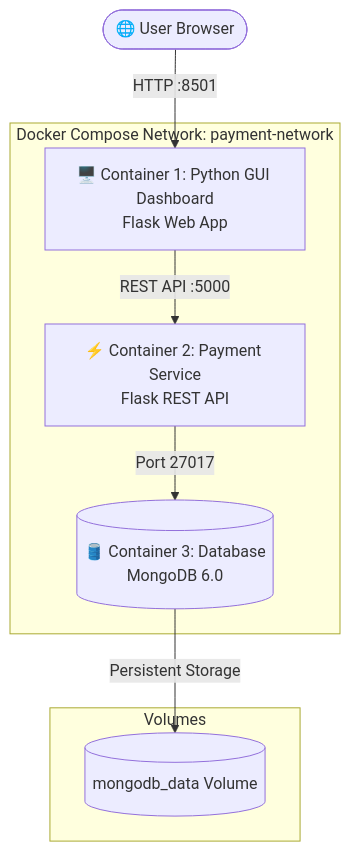
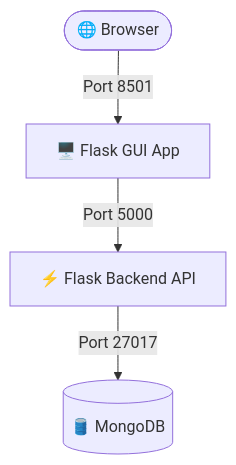
The diagram in README.md (bishtprateek270-hue/SimplePay), drawn with Mermaid before and after one commit. The commit also changed other lines of this file, not shown here.

````diff
--- a/README.md
+++ b/README.md
@@ -35,16 +17,6 @@
 ```mermaid
 graph TD
-    User([🌐 User Browser]) -->|HTTP :8501| GUI[🖥️ Container 1: Python GUI Dashboard\nFlask Web App]
-    GUI -->|REST API :5000| API[⚡ Container 2: Payment Service\nFlask REST API]
-    API -->|Port 27017| DB[(🛢️ Container 3: Database\nMongoDB 6.0)]
-
-    subgraph Docker Compose Network: payment-network
-        GUI
-        API
-        DB
-    end
-
-    subgraph Volumes
-        DB -->|Persistent Storage| Vol[(mongodb_data Volume)]
-    end
+    User([🌐 Browser]) -->|Port 8501| GUI[🖥️ Flask GUI App]
+    GUI -->|Port 5000| API[⚡ Flask Backend API]
+    API -->|Port 27017| DB[(🛢️ MongoDB)]
 ```
````
